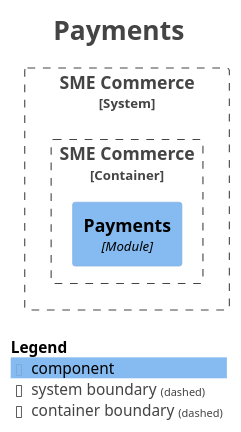
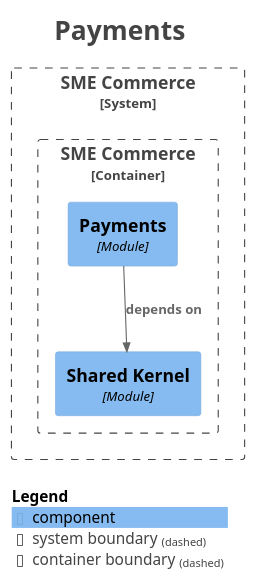
Before and after one commit to hezronokwach/sme-commerce-platform: the diagram in docs/modules/module-payments.puml, drawn with PlantUML. The commit also changed 22 other files, not shown here.

```diff
--- a/docs/modules/module-payments.puml
+++ b/docs/modules/module-payments.puml
@@ -1,27 +1,30 @@
 @startuml
 title <size:24>Payments</size>
 
 set separator none
 top to bottom direction
 
 <style>
   root {
     BackgroundColor: #ffffff
     FontColor: #444444
   }
 </style>
 
 !include <C4/C4>
 !include <C4/C4_Context>
 !include <C4/C4_Component>
 
 System_Boundary("SMECommerce_boundary", "SME Commerce", $tags="") {
   Container_Boundary("SMECommerce.SMECommerce_boundary", "SME Commerce", $tags="") {
+    Component(SMECommerce.SMECommerce.SharedKernel, "Shared Kernel", $techn="Module", $descr="", $tags="", $link="")
     Component(SMECommerce.SMECommerce.Payments, "Payments", $techn="Module", $descr="", $tags="", $link="")
   }
 
 }
 
+Rel(SMECommerce.SMECommerce.Payments, SMECommerce.SMECommerce.SharedKernel, "depends on", $techn="", $tags="", $link="")
+
 SHOW_LEGEND(true)
 hide stereotypes
 @enduml
```
